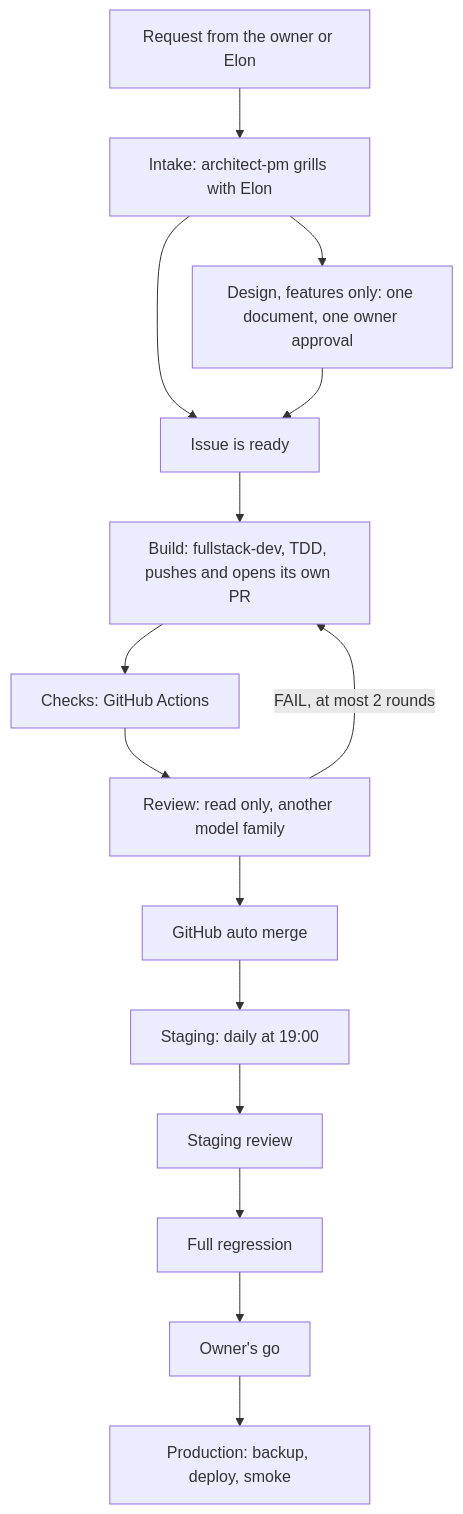
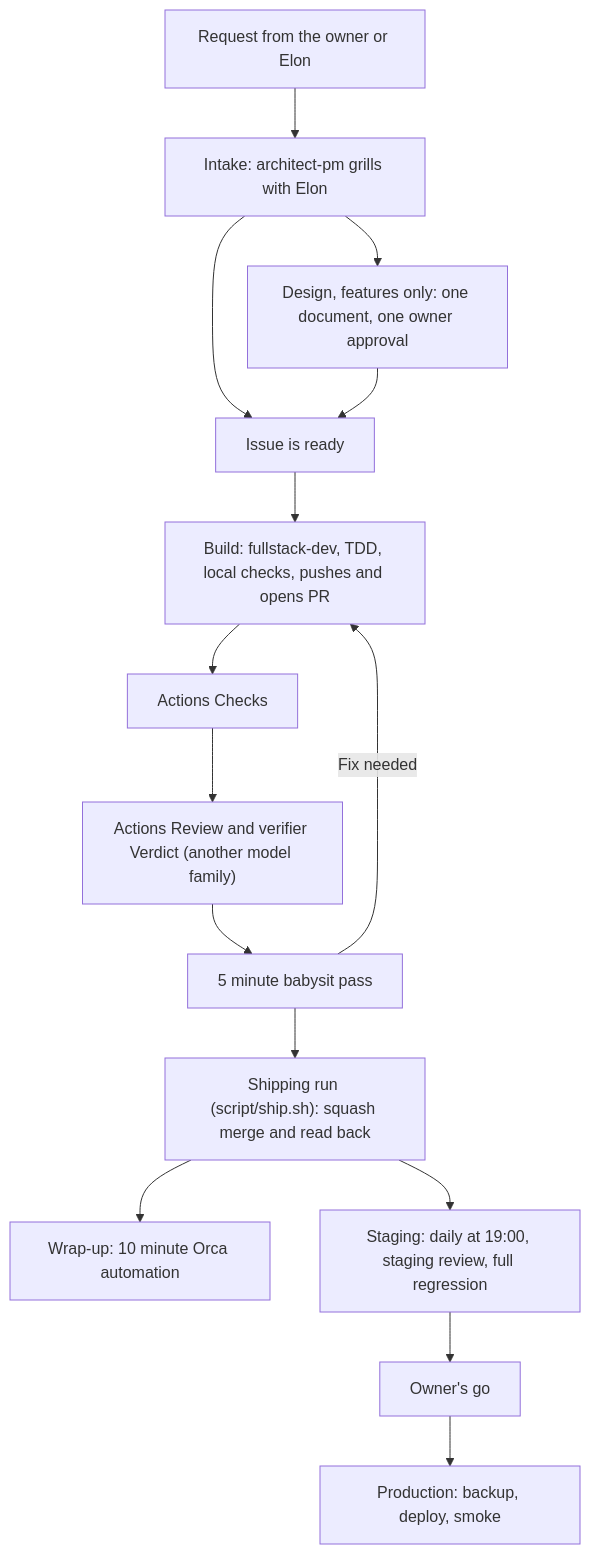
Before and after one commit to mingster/dotfiles: the diagram in README.md, drawn with Mermaid. The commit also changed other lines of this file and 15 other files, not shown here.

````diff
--- a/README.md
+++ b/README.md
@@ -71,17 +71,15 @@
 ```mermaid
 flowchart TD
     Req["Request from the owner or Elon"] --> Intake["Intake: architect-pm grills with Elon"]
     Intake --> Design["Design, features only: one document, one owner approval"]
-    Intake --> Ready["Issue is ready"]
-    Design --> Ready
-    Ready --> Build["Build: fullstack-dev, TDD, pushes and opens its own PR"]
-    Build --> Checks["Checks: GitHub Actions"]
-    Checks --> Review["Review: read only, another model family"]
-    Review -->|"FAIL, at most 2 rounds"| Build
-    Review --> Merge["GitHub auto merge"]
-    Merge --> Staging["Staging: daily at 19:00"]
-    Staging --> SR["Staging review"]
-    SR --> Reg["Full regression"]
-    Reg --> Go["Owner's go"]
-    Go --> Prod["Production: backup, deploy, smoke"]
+    Intake & Design --> Ready["Issue is ready"]
+    Ready --> Build["Build: fullstack-dev, TDD, local checks, pushes and opens PR"]
+    Build --> Checks["Actions Checks"]
+    Checks --> Review["Actions Review and verifier Verdict (another model family)"]
+    Review --> Babysit["5 minute babysit pass"]
+    Babysit -->|"Fix needed"| Build
+    Babysit --> Ship["Shipping run (script/ship.sh): squash merge and read back"]
+    Ship --> Wrap["Wrap-up: 10 minute Orca automation"]
+    Ship --> Staging["Staging: daily at 19:00, staging review, full regression"]
+    Staging --> Go["Owner's go"] --> Prod["Production: backup, deploy, smoke"]
 ```
````
